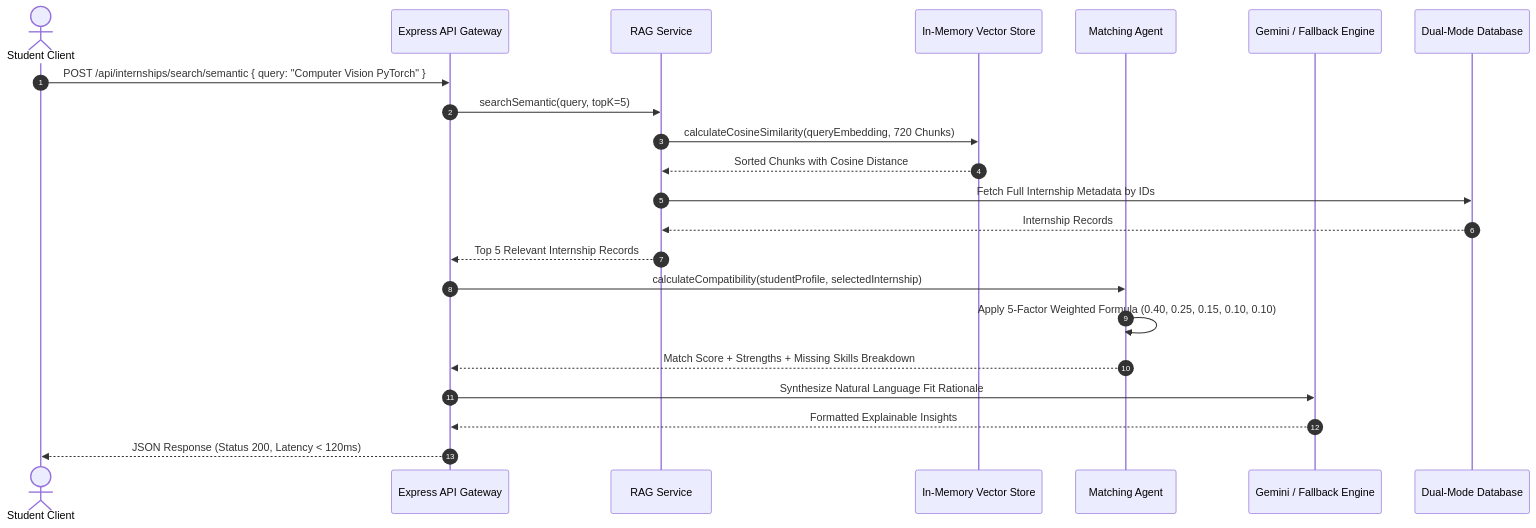
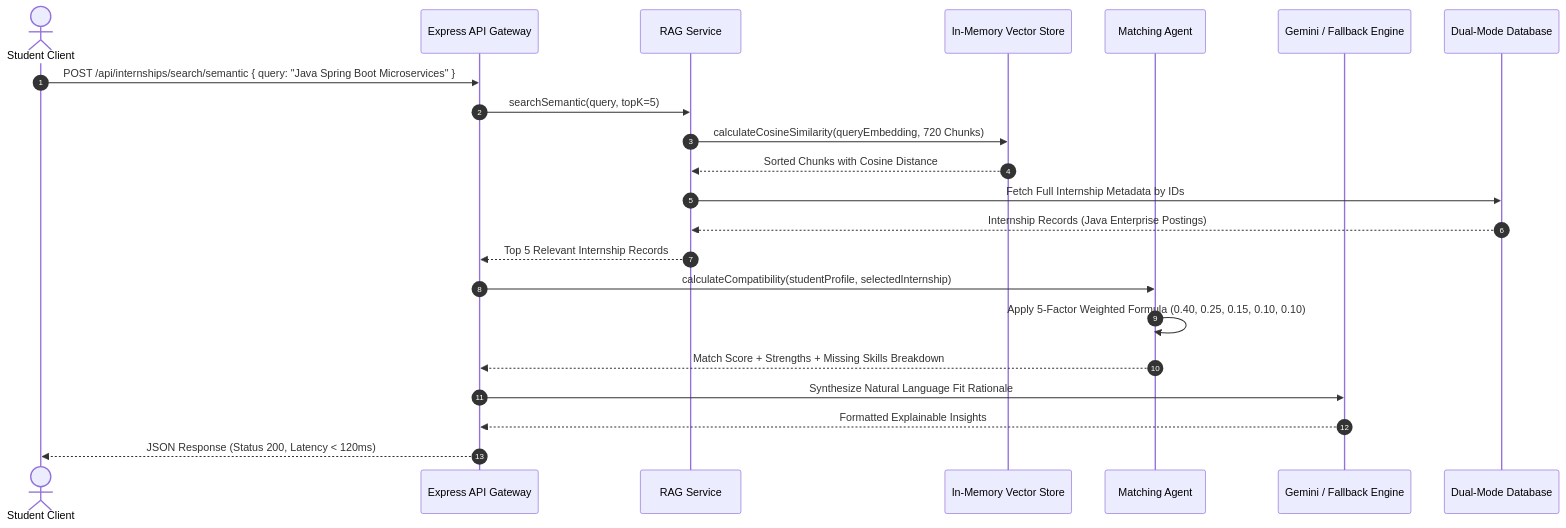
The second of 5 diagrams in TECHNICAL_REPORT.md (Lokeswarpj/CareerPulse), drawn with Mermaid before and after one commit. The commit also changed other lines of this file and 1 other file, not shown here.

Commit message:
docs: specify Java Development Track as internship domain in final and technical reports

````diff
--- a/TECHNICAL_REPORT.md
+++ b/TECHNICAL_REPORT.md
@@ -123,25 +125,25 @@
 ```mermaid
 sequenceDiagram
     autonumber
     actor User as Student Client
     participant API as Express API Gateway
     participant RAG as RAG Service
     participant VS as In-Memory Vector Store
     participant Agent as Matching Agent
     participant LLM as Gemini / Fallback Engine
     participant DB as Dual-Mode Database
 
-    User->>API: POST /api/internships/search/semantic { query: "Computer Vision PyTorch" }
+    User->>API: POST /api/internships/search/semantic { query: "Java Spring Boot Microservices" }
     API->>RAG: searchSemantic(query, topK=5)
     RAG->>VS: calculateCosineSimilarity(queryEmbedding, 720 Chunks)
     VS-->>RAG: Sorted Chunks with Cosine Distance
     RAG->>DB: Fetch Full Internship Metadata by IDs
-    DB-->>RAG: Internship Records
+    DB-->>RAG: Internship Records (Java Enterprise Postings)
     RAG-->>API: Top 5 Relevant Internship Records
     API->>Agent: calculateCompatibility(studentProfile, selectedInternship)
     Agent->>Agent: Apply 5-Factor Weighted Formula (0.40, 0.25, 0.15, 0.10, 0.10)
     Agent-->>API: Match Score + Strengths + Missing Skills Breakdown
     API->>LLM: Synthesize Natural Language Fit Rationale
     LLM-->>API: Formatted Explainable Insights
     API-->>User: JSON Response (Status 200, Latency < 120ms)
 ```
````
